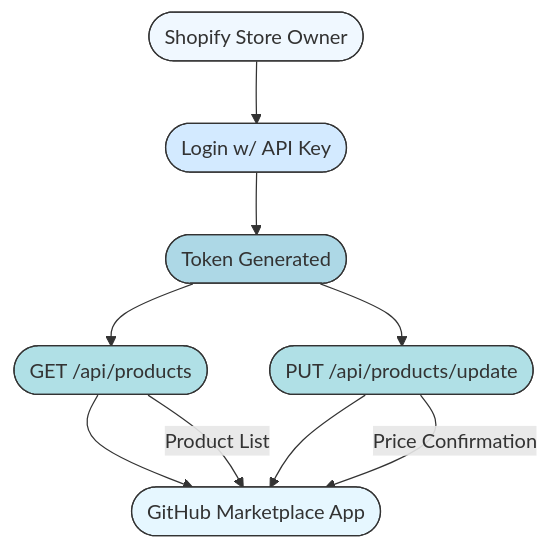
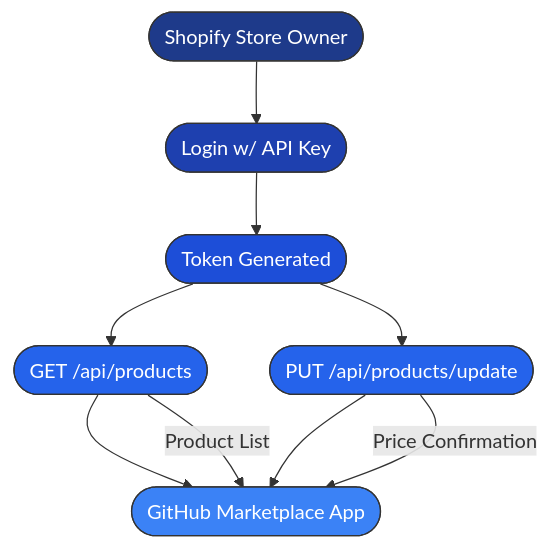
Before and after one commit to emcdo411/shopify-api-test-plan: the diagram in README.md, drawn with Mermaid. The commit also changed other lines of this file, not shown here.

````diff
--- a/README.md
+++ b/README.md
@@ -23,17 +23,18 @@
 ```mermaid
 flowchart TD
   A(["Shopify Store Owner"]) --> B(["Login w/ API Key"])
   B --> C(["Token Generated"])
   C --> D(["GET /api/products"])
   C --> E(["PUT /api/products/update"])
   D --> F(["GitHub Marketplace App"])
   E --> F
-  style A fill:#f0f8ff,stroke:#333,stroke-width:1px
-  style B fill:#d3eaff,stroke:#333,stroke-width:1px
-  style C fill:#add8e6,stroke:#333,stroke-width:1px
-  style D fill:#b0e0e6,stroke:#333,stroke-width:1px
-  style E fill:#b0e0e6,stroke:#333,stroke-width:1px
-  style F fill:#e6f7ff,stroke:#333,stroke-width:1px
   D -->|"Product List"| F
   E -->|"Price Confirmation"| F
+
+  style A fill:#1e3a8a,color:#ffffff,stroke:#333,stroke-width:1px
+  style B fill:#1e40af,color:#ffffff,stroke:#333,stroke-width:1px
+  style C fill:#1d4ed8,color:#ffffff,stroke:#333,stroke-width:1px
+  style D fill:#2563eb,color:#ffffff,stroke:#333,stroke-width:1px
+  style E fill:#2563eb,color:#ffffff,stroke:#333,stroke-width:1px
+  style F fill:#3b82f6,color:#ffffff,stroke:#333,stroke-width:1px
 ```
````
